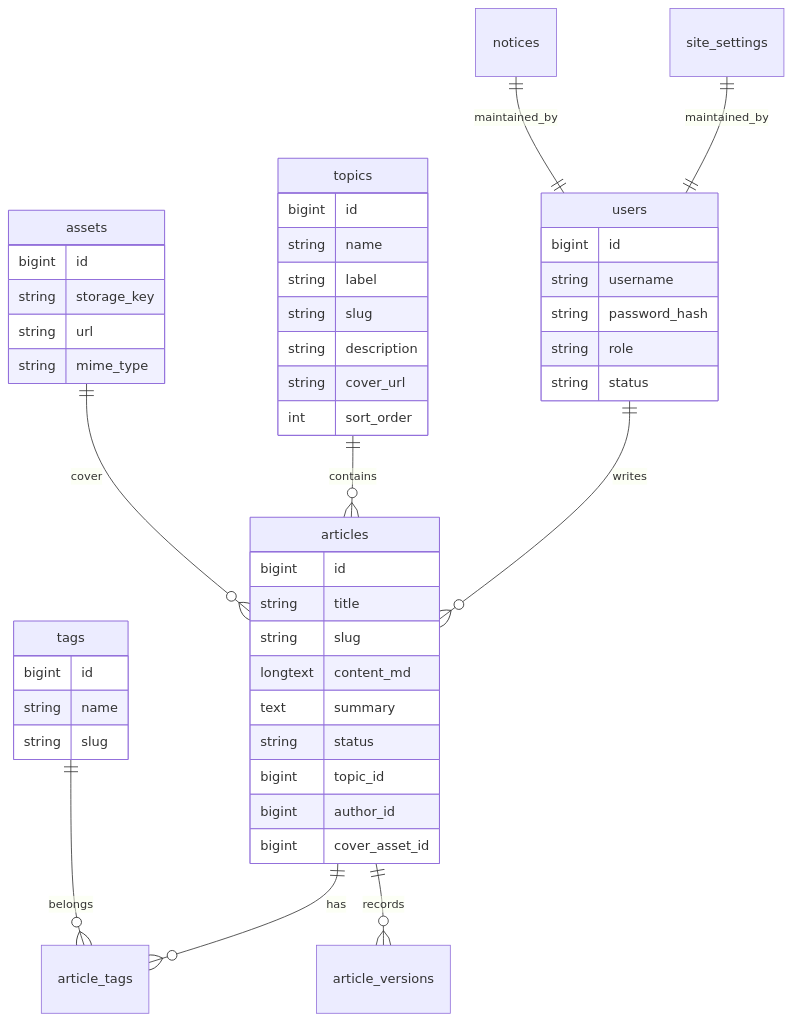
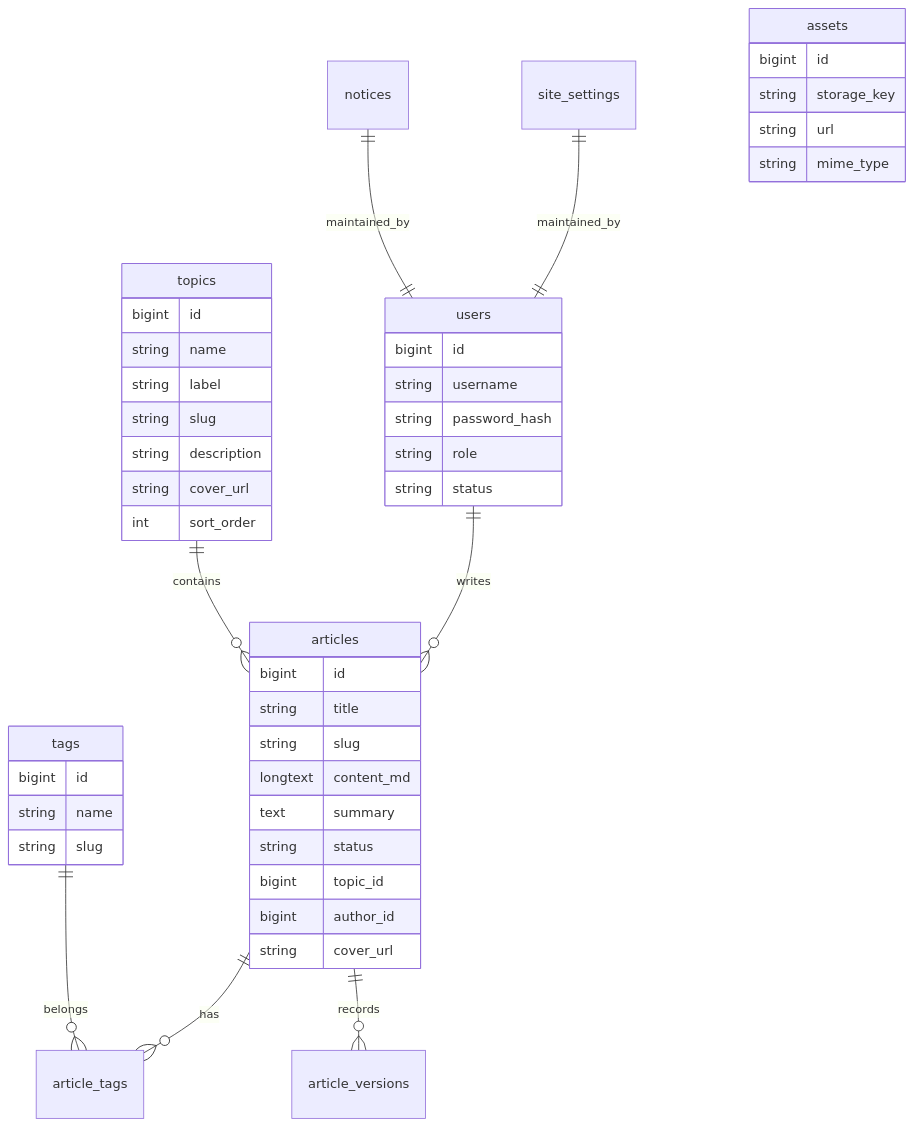
Before and after one commit to SolitudeKing/blog: the diagram in docs/03-data-api-design.md, drawn with Mermaid. The commit also changed other lines of this file, not shown here.

````diff
--- a/docs/03-data-api-design.md
+++ b/docs/03-data-api-design.md
@@ -14,54 +14,53 @@
 ```mermaid
 erDiagram
   users ||--o{ articles : writes
   topics ||--o{ articles : contains
   articles ||--o{ article_tags : has
   tags ||--o{ article_tags : belongs
-  assets ||--o{ articles : cover
   articles ||--o{ article_versions : records
   site_settings ||--|| users : maintained_by
   notices ||--|| users : maintained_by
 
   users {
     bigint id
     string username
     string password_hash
     string role
     string status
   }
 
   articles {
     bigint id
     string title
     string slug
     longtext content_md
     text summary
     string status
     bigint topic_id
     bigint author_id
-    bigint cover_asset_id
+    string cover_url
   }
 
   topics {
     bigint id
     string name
     string label
     string slug
     string description
     string cover_url
     int sort_order
   }
 
   tags {
     bigint id
     string name
     string slug
   }
 
   assets {
     bigint id
     string storage_key
     string url
     string mime_type
   }
 ```
````
